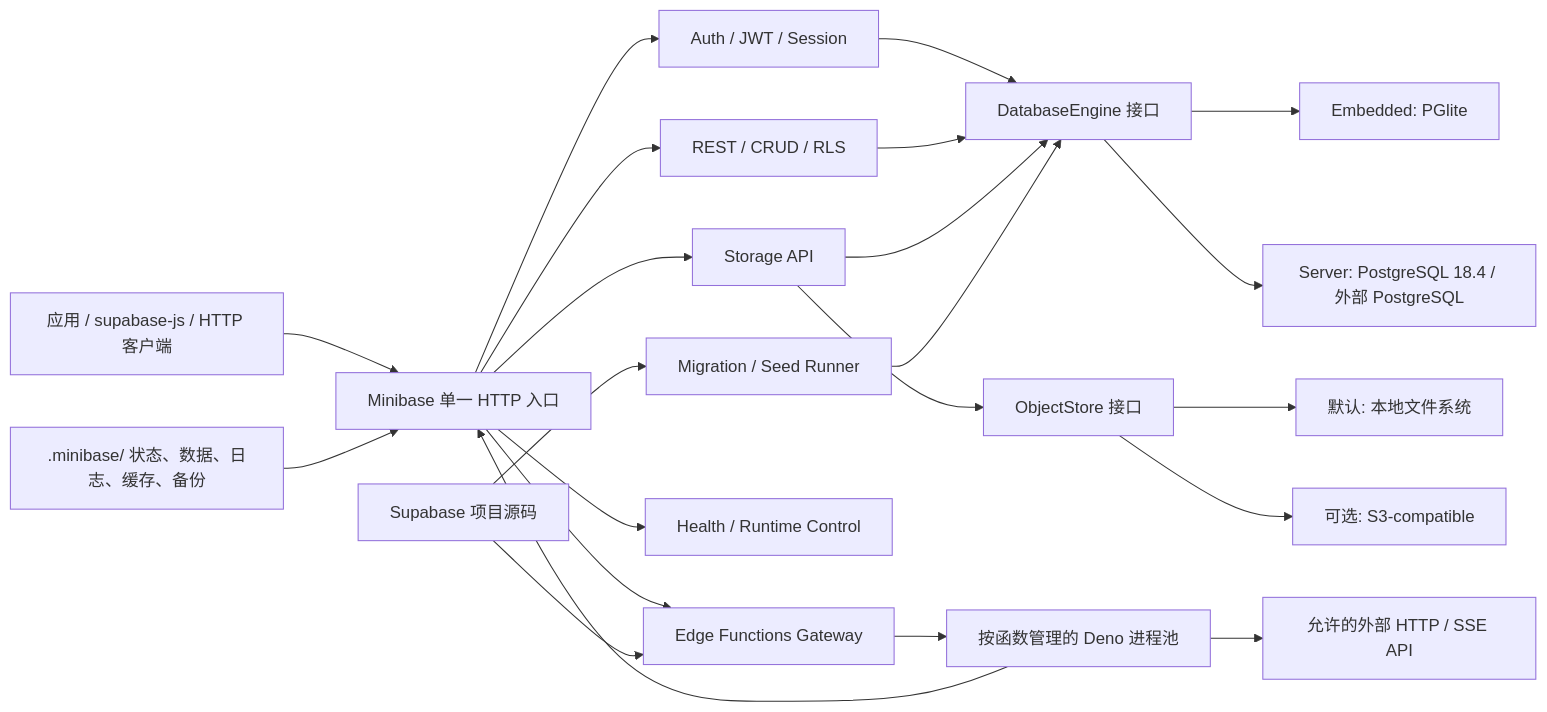
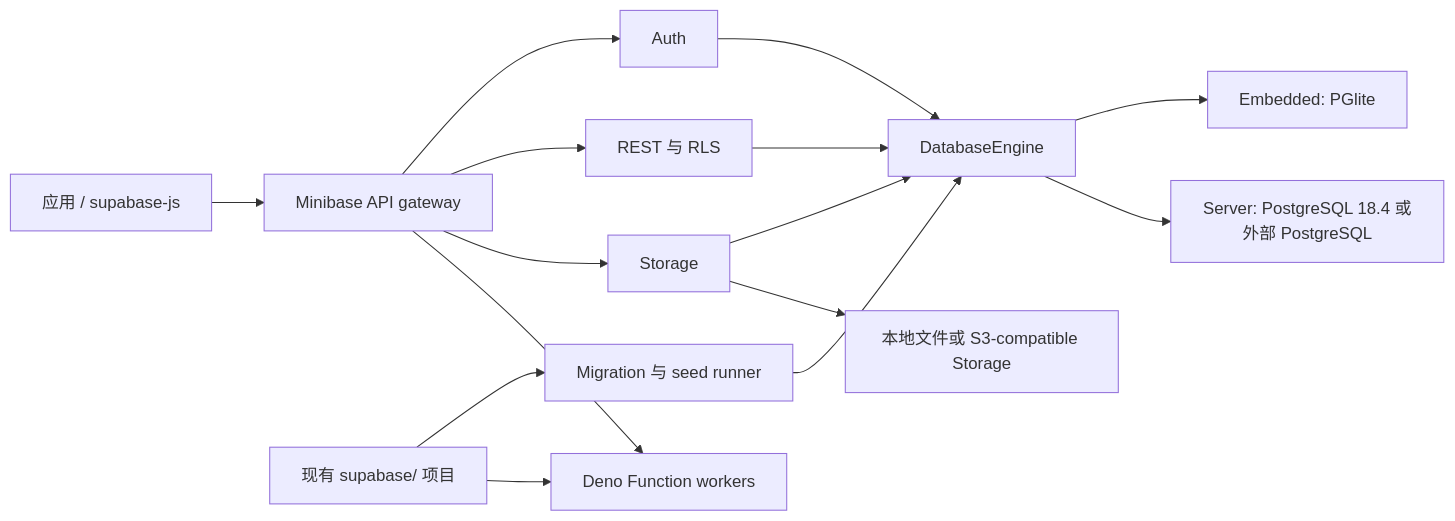
One commit to mevies/minibase changed the diagram in README.zh-CN.md. Above: the diagram before and after it, drawn with Mermaid. The commit also changed other lines of this file and 1 other file, not shown here.

````diff
--- a/README.zh-CN.md
+++ b/README.zh-CN.md
@@ -39,27 +165,17 @@
 ```mermaid
 flowchart LR
-  Client["应用 / supabase-js / HTTP 客户端"] --> Gateway["Minibase 单一 HTTP 入口"]
-  Gateway --> Auth["Auth / JWT / Session"]
-  Gateway --> REST["REST / CRUD / RLS"]
-  Gateway --> StorageAPI["Storage API"]
-  Gateway --> Functions["Edge Functions Gateway"]
-  Gateway --> Health["Health / Runtime Control"]
-
-  Auth --> Database["DatabaseEngine 接口"]
-  REST --> Database
-  StorageAPI --> Database
-  StorageAPI --> ObjectStore["ObjectStore 接口"]
-  Functions --> Workers["按函数管理的 Deno 进程池"]
-  Workers --> Gateway
-  Workers --> Internet["允许的外部 HTTP / SSE API"]
-
-  Database --> PGlite["Embedded: PGlite"]
-  Database --> PostgreSQL["Server: PostgreSQL 18.4 / 外部 PostgreSQL"]
-  ObjectStore --> Local["默认: 本地文件系统"]
-  ObjectStore --> S3["可选: S3-compatible"]
-
-  Project["Supabase 项目源码"] --> Migrations["Migration / Seed Runner"]
-  Project --> Functions
-  Migrations --> Database
-  Runtime[".minibase/ 状态、数据、日志、缓存、备份"] --> Gateway
+  App["应用 / supabase-js"] --> API["Minibase API gateway"]
+  Project["现有 supabase/ 项目"] --> Migrate["Migration 与 seed runner"]
+  Project --> Functions["Deno Function workers"]
+  API --> Auth["Auth"]
+  API --> REST["REST 与 RLS"]
+  API --> Storage["Storage"]
+  API --> Functions
+  Auth --> DB["DatabaseEngine"]
+  REST --> DB
+  Storage --> DB
+  Migrate --> DB
+  DB --> PGlite["Embedded: PGlite"]
+  DB --> Postgres["Server: PostgreSQL 18.4 或外部 PostgreSQL"]
+  Storage --> Objects["本地文件或 S3-compatible Storage"]
 ```
````
